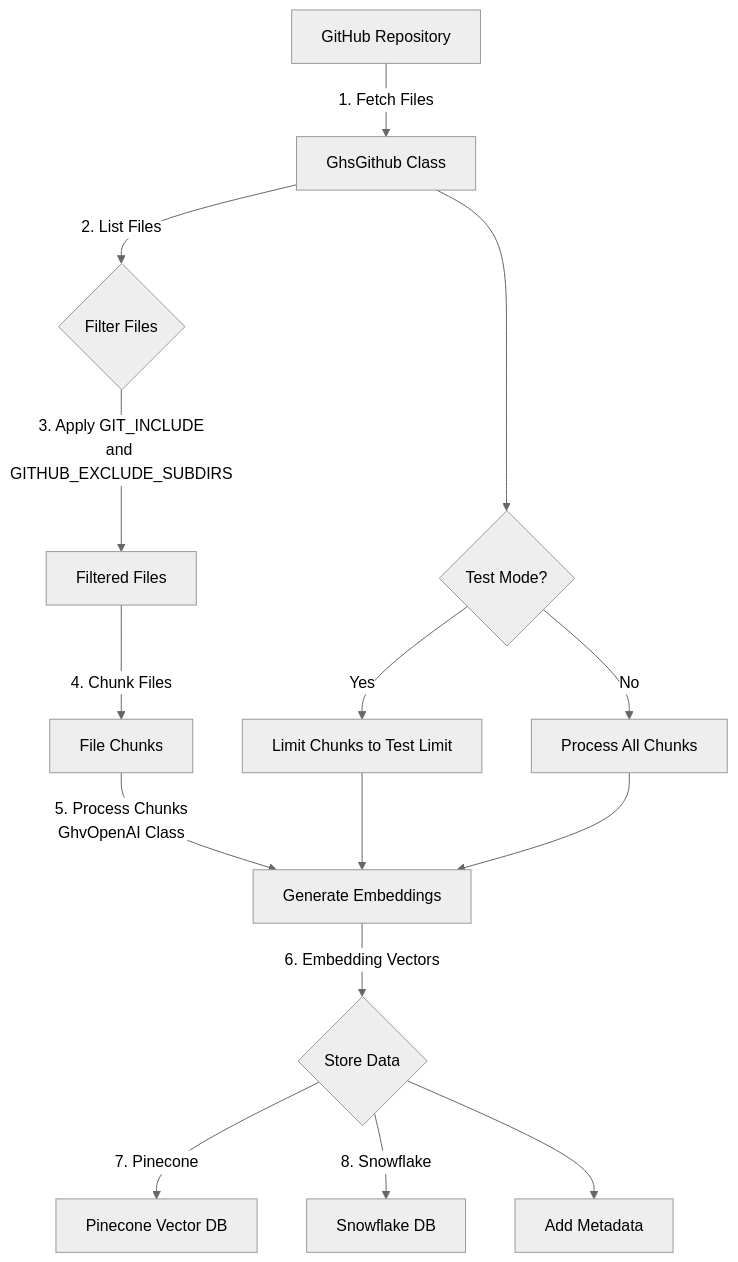
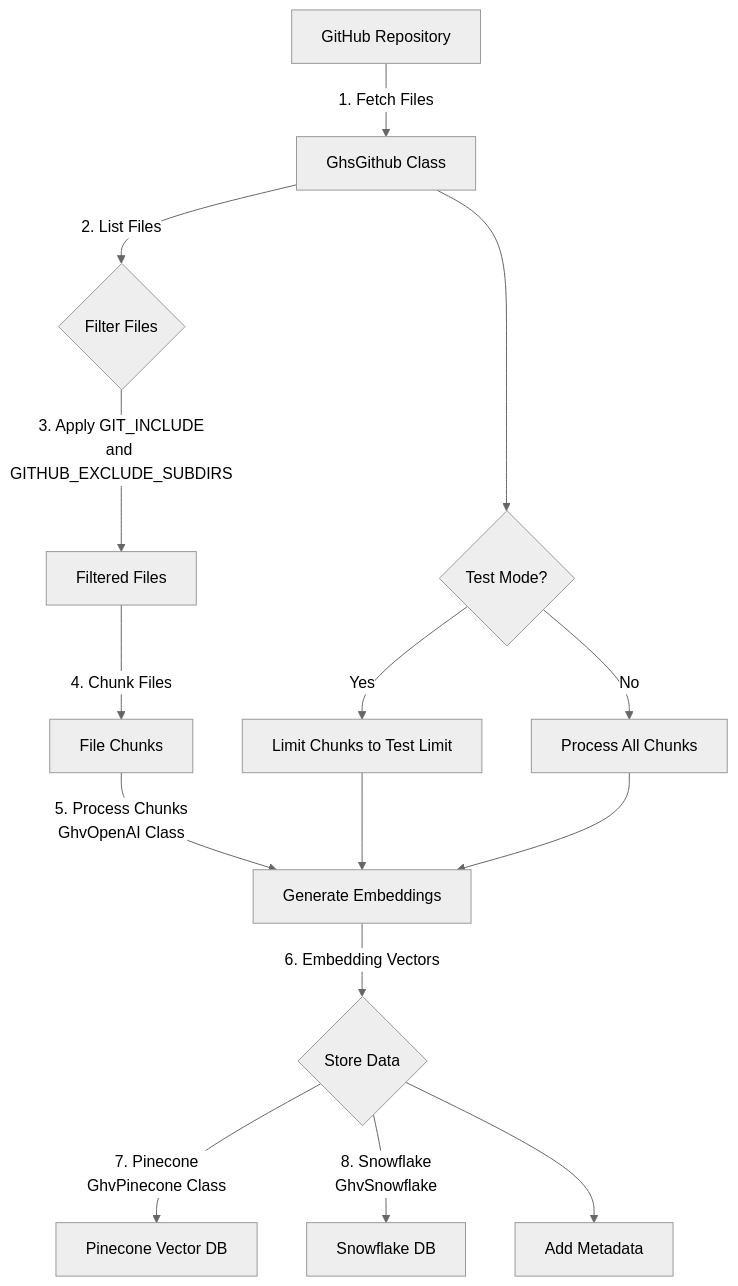
One commit to davecthomas/ghvector changed the first of 2 diagrams in README.md. Above: the diagram before and after it, drawn with Mermaid (neutral theme). The commit also changed other lines of this file and 4 other files, not shown here.

````diff
--- a/README.md
+++ b/README.md
@@ -7,21 +135,21 @@
 ```mermaid
 graph TD
     A[GitHub Repository] -->|1. Fetch Files| B[GhsGithub Class]
     B -->|2. List Files| C{Filter Files}
     C -->|3. Apply GIT_INCLUDE<br>and GITHUB_EXCLUDE_SUBDIRS| D[Filtered Files]
     D -->|4. Chunk Files| E[File Chunks]
     E -->|5. Process Chunks<br>GhvOpenAI Class| F[Generate Embeddings]
     F -->|6. Embedding Vectors| G{Store Data}
-    G -->|7. Pinecone| H[Pinecone Vector DB]
-    G -->|8. Snowflake| I[Snowflake DB]
+    G -->|7. Pinecone<br>GhvPinecone Class| H[Pinecone Vector DB]
+    G -->|8. Snowflake<br>GhvSnowflake| I[Snowflake DB]
 
     %% Subflow explanations
     B --> J{Test Mode?}
     J -->|Yes| K[Limit Chunks to Test Limit]
     J -->|No| L[Process All Chunks]
     K --> F
     L --> F
 
     G --> M[Add Metadata]
 
 ```
````
